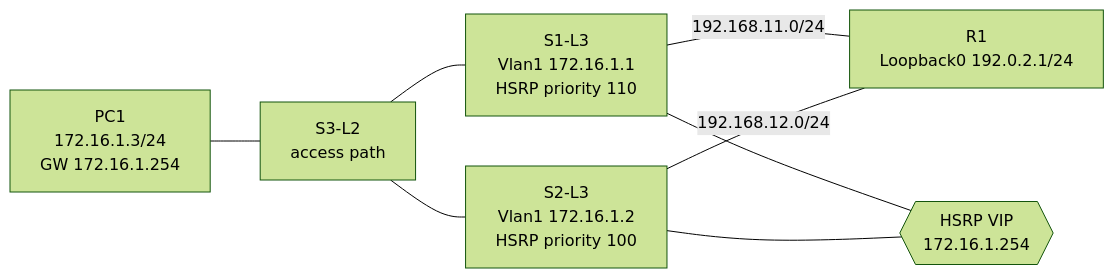
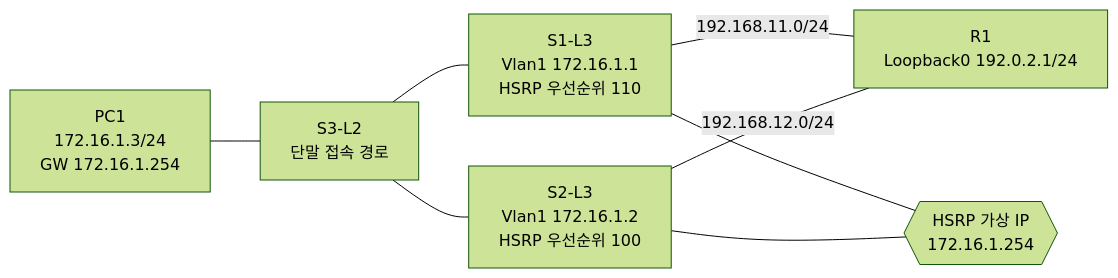
Before and after one commit to hyeseong-dev/hsrp-first-hop-redundancy-lab: the diagram in README.md, drawn with Mermaid (forest theme). The commit also changed other lines of this file and 1 other file, not shown here.

````diff
--- a/README.md
+++ b/README.md
@@ -11,11 +11,11 @@
 ```mermaid
 flowchart LR
-  PC[PC1<br/>172.16.1.3/24<br/>GW 172.16.1.254] --- L2[S3-L2<br/>access path]
-  L2 --- S1[S1-L3<br/>Vlan1 172.16.1.1<br/>HSRP priority 110]
-  L2 --- S2[S2-L3<br/>Vlan1 172.16.1.2<br/>HSRP priority 100]
+  PC[PC1<br/>172.16.1.3/24<br/>GW 172.16.1.254] --- L2[S3-L2<br/>단말 접속 경로]
+  L2 --- S1[S1-L3<br/>Vlan1 172.16.1.1<br/>HSRP 우선순위 110]
+  L2 --- S2[S2-L3<br/>Vlan1 172.16.1.2<br/>HSRP 우선순위 100]
   S1 ---|192.168.11.0/24| R1[R1<br/>Loopback0 192.0.2.1/24]
   S2 ---|192.168.12.0/24| R1
-  VIP{{HSRP VIP<br/>172.16.1.254}}
+  VIP{{HSRP 가상 IP<br/>172.16.1.254}}
   S1 --- VIP
   S2 --- VIP
 ```
````
